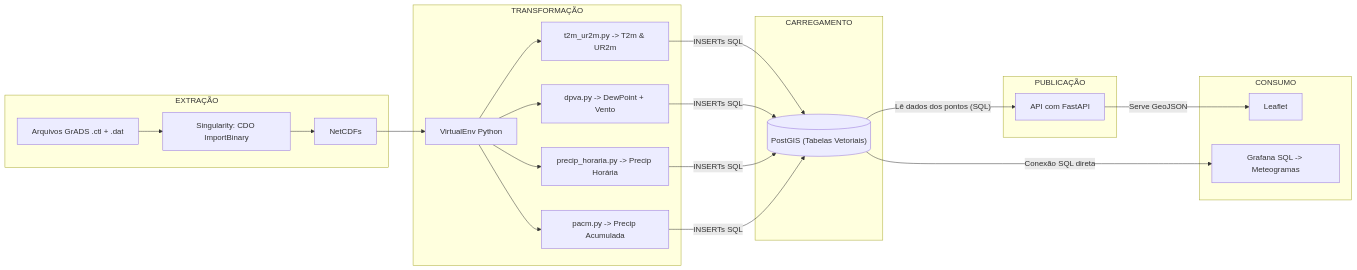
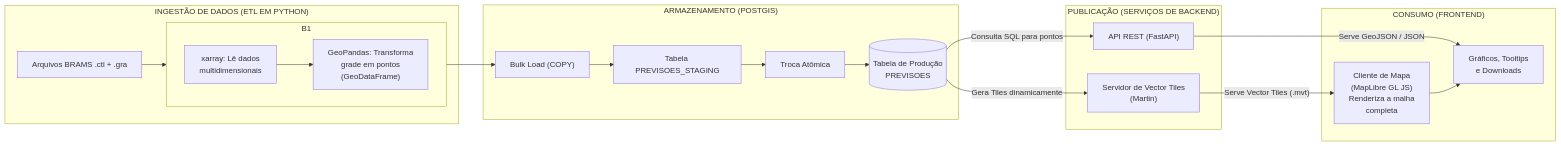
One commit to AndersonGACFilho/CEMPA-CTL-GRA-extractor-api changed the first of 2 diagrams in Documents/Visão Geral - ETL/Ideação ETL.md. Above: the diagram before and after it, drawn with Mermaid. The commit also changed other lines of this file, not shown here.

Commit message:
Update Ideação ETL.md

````diff
--- a/Documents/Visão Geral - ETL/Ideação ETL.md
+++ b/Documents/Visão Geral - ETL/Ideação ETL.md
@@ -24,28 +31,28 @@
 ```mermaid
 graph LR
-  subgraph EXTRAÇÃO
-    A1["Arquivos GrADS .ctl + .dat"] --> A2["Singularity: CDO ImportBinary"];
-    A2 --> B1["NetCDFs"];
+  subgraph "INGESTÃO DE DADOS (ETL EM PYTHON)"
+    A1["Arquivos BRAMS .ctl + .gra"] --> B1["Script Python"];
+    subgraph B1
+        direction LR
+        B2["xarray: Lê dados<br>multidimensionais"] --> B3["GeoPandas: Transforma<br>grade em pontos<br>(GeoDataFrame)"];
+    end
   end
 
-  subgraph TRANSFORMAÇÃO
-    B1 --> C1["VirtualEnv Python"];
-    C1 --> C2["t2m_ur2m.py -> T2m & UR2m"];
-    C1 --> C3["dpva.py -> DewPoint + Vento"];
-    C1 --> C4["precip_horaria.py -> Precip Horária"];
-    C1 --> C5["pacm.py -> Precip Acumulada"];
+  subgraph "ARMAZENAMENTO (POSTGIS)"
+    B3 --> C1["Bulk Load (COPY)"];
+    C1 --> C2["Tabela PREVISOES_STAGING"];
+    C2 --> C3["Troca Atômica"];
+    C3 --> D1[("Tabela de Produção<br>PREVISOES")];
   end
 
-  subgraph CARREGAMENTO
-    C2 & C3 & C4 & C5 -- "INSERTs SQL" --> D1[("PostGIS (Tabelas Vetoriais)")];
+  subgraph "PUBLICAÇÃO (SERVIÇOS DE BACKEND)"
+    D1 -- "Gera Tiles dinamicamente" --> E1["Servidor de Vector Tiles<br>(Martin)"];
+    D1 -- "Consulta SQL para pontos" --> E2["API REST (FastAPI)"];
   end
 
-  subgraph PUBLICAÇÃO
-    D1 -- "Lê dados dos pontos (SQL)" --> E1["API com FastAPI"];
-  end
-
-  subgraph CONSUMO
-    E1 -- "Serve GeoJSON" --> G1["Leaflet"];
-    D1 -- "Conexão SQL direta" --> G2["Grafana SQL -> Meteogramas"];
+  subgraph "CONSUMO (FRONTEND)"
+    E1 -- "Serve Vector Tiles (.mvt)" --> G1["Cliente de Mapa<br>(MapLibre GL JS)<br>Renderiza a malha<br>completa"];
+    E2 -- "Serve GeoJSON / JSON" --> G2["Gráficos, Tooltips<br>e Downloads"];
+    G1 --> G2
   end
 ```
````
